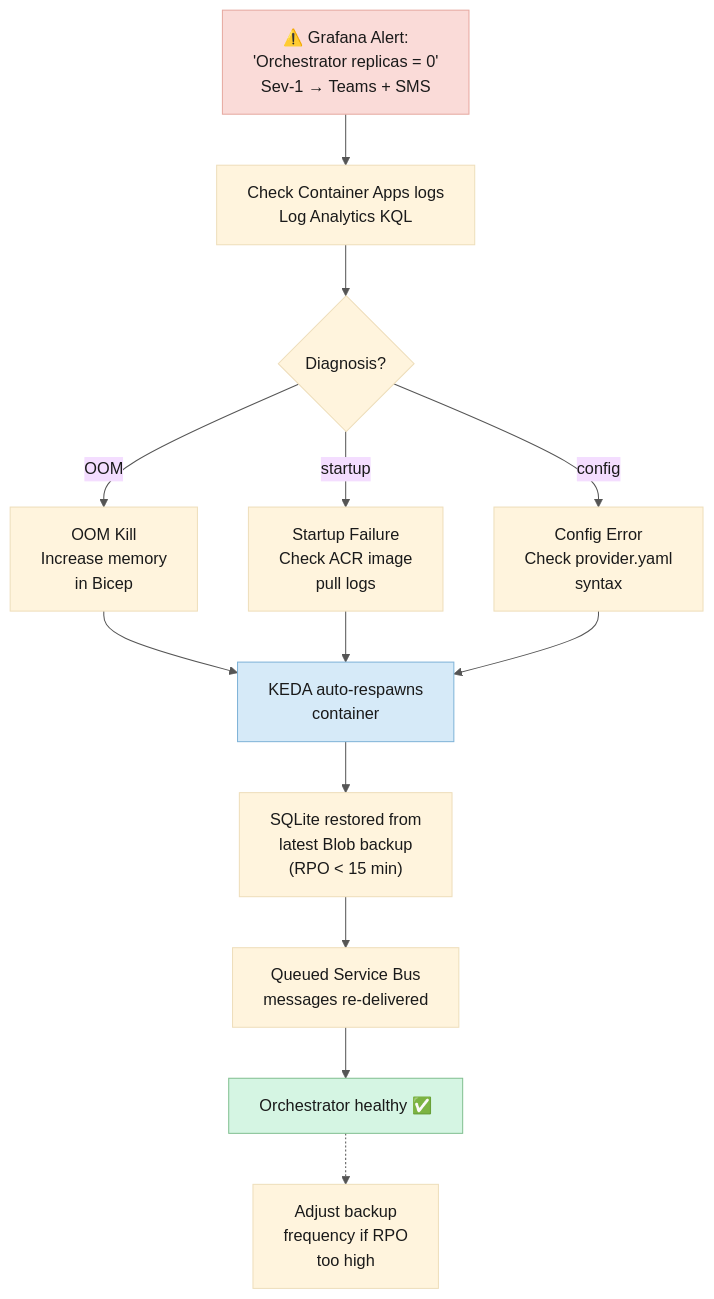
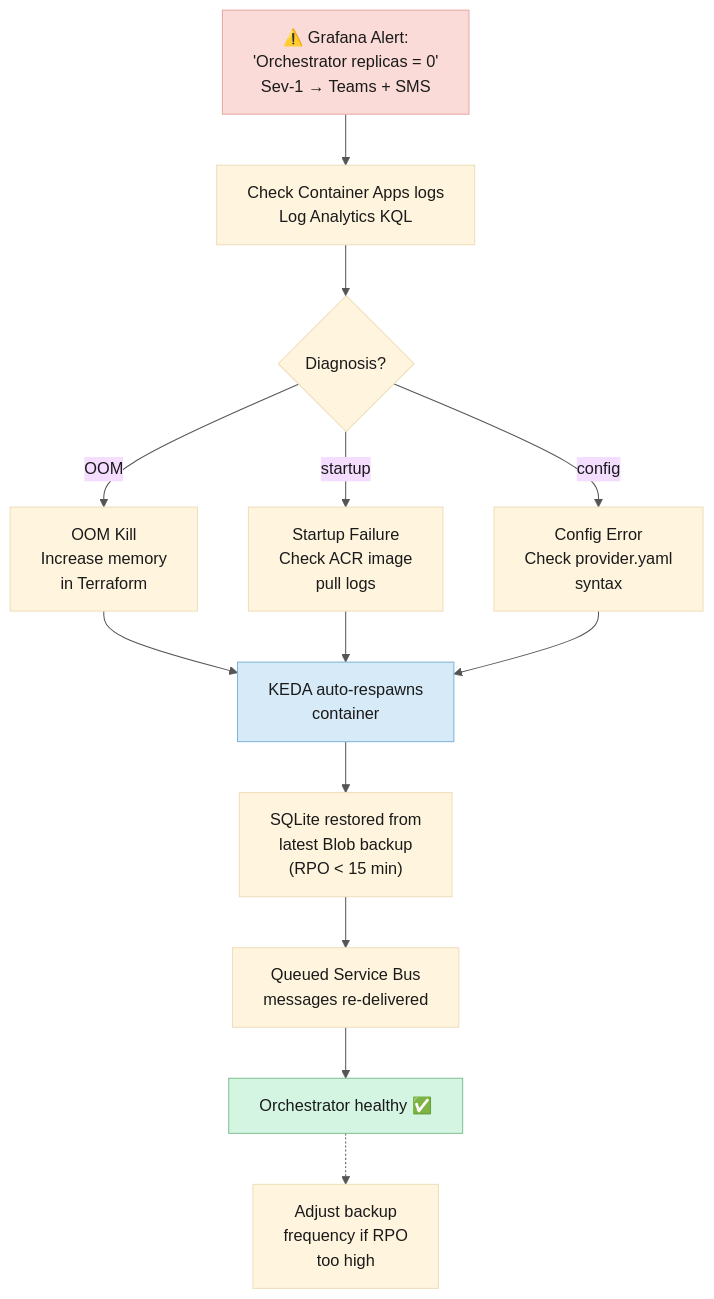
Before and after one commit to dr-paulb/managed-service-minions: the eighth of 9 diagrams in docs/azure-architecture.md, drawn with Mermaid. The commit also changed other lines of this file and 49 other files, not shown here.

````diff
--- a/docs/azure-architecture.md
+++ b/docs/azure-architecture.md
@@ -729,32 +728,32 @@
 ```mermaid
 %%{init: {'theme': 'base', 'themeVariables': { 'primaryTextColor': '#1a1a1a', 'lineColor': '#555'}}}%%
 flowchart TB
     alert["⚠️ Grafana Alert:\n'Orchestrator replicas = 0'\nSev-1 → Teams + SMS"]
     check_logs["Check Container Apps logs\nLog Analytics KQL"]
     diagnose{"Diagnosis?"}
-    oom["OOM Kill\nIncrease memory\nin Bicep"]
+    oom["OOM Kill\nIncrease memory\nin Terraform"]
     startup["Startup Failure\nCheck ACR image\npull logs"]
     config["Config Error\nCheck provider.yaml\nsyntax"]
     respawn["KEDA auto-respawns\ncontainer"]
     restore["SQLite restored from\nlatest Blob backup\n(RPO < 15 min)"]
     replay["Queued Service Bus\nmessages re-delivered"]
     adjust["Adjust backup\nfrequency if RPO\ntoo high"]
     healthy["Orchestrator healthy ✅"]
     
     alert --> check_logs
     check_logs --> diagnose
     diagnose -->|"OOM"| oom
     diagnose -->|"startup"| startup
     diagnose -->|"config"| config
     oom --> respawn
     startup --> respawn
     config --> respawn
     respawn --> restore
     restore --> replay
     replay --> healthy
     healthy -.-> adjust
     
     style alert fill:#fadbd8,stroke:#e6a8a0,color:#1a1a1a
     style healthy fill:#d5f5e3,stroke:#82c091,color:#1a1a1a
     style respawn fill:#d6eaf8,stroke:#7fb3d8,color:#1a1a1a
 ```
````
